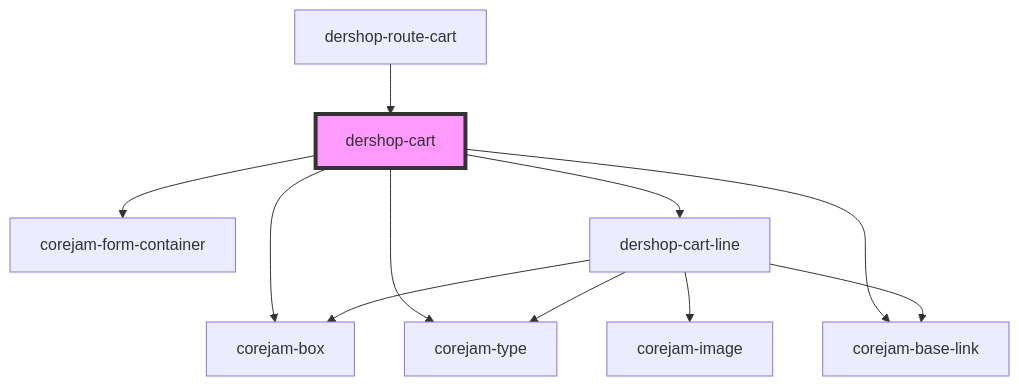
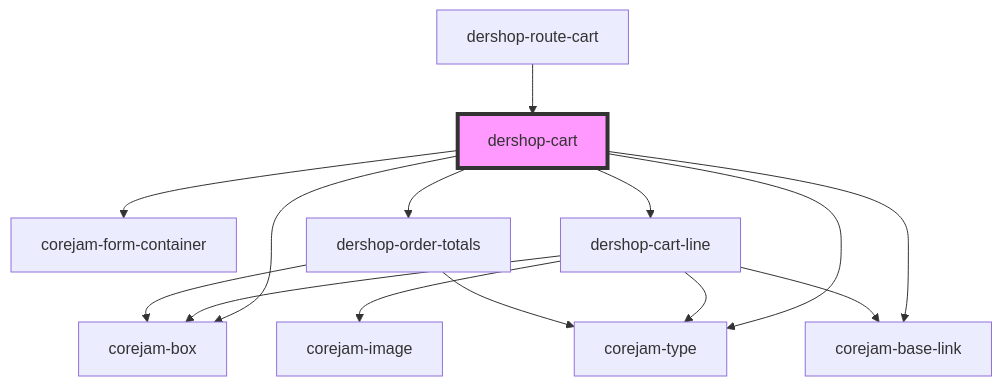
The diagram in packages/plugins/dershop/app/components/dershop-cart/readme.md (corejam/corejam), drawn with Mermaid before and after one commit. The commit also changed other lines of this file and 5 other files, not shown here.

````diff
--- a/packages/plugins/dershop/app/components/dershop-cart/readme.md
+++ b/packages/plugins/dershop/app/components/dershop-cart/readme.md
@@ -23,14 +24,17 @@
 ```mermaid
 graph TD;
   dershop-cart --> corejam-box
   dershop-cart --> corejam-type
   dershop-cart --> corejam-form-container
   dershop-cart --> dershop-cart-line
+  dershop-cart --> dershop-order-totals
   dershop-cart --> corejam-base-link
   dershop-cart-line --> corejam-box
   dershop-cart-line --> corejam-image
   dershop-cart-line --> corejam-base-link
   dershop-cart-line --> corejam-type
+  dershop-order-totals --> corejam-box
+  dershop-order-totals --> corejam-type
   dershop-route-cart --> dershop-cart
   style dershop-cart fill:#f9f,stroke:#333,stroke-width:4px
 ```
````
